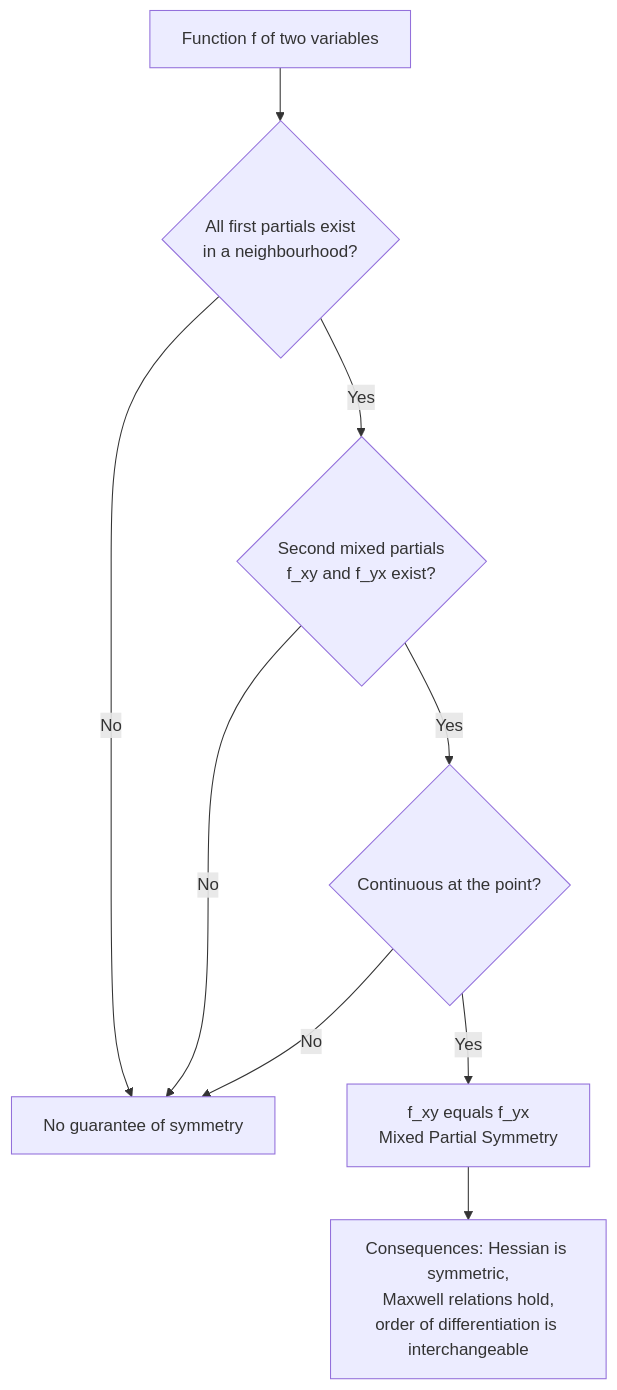
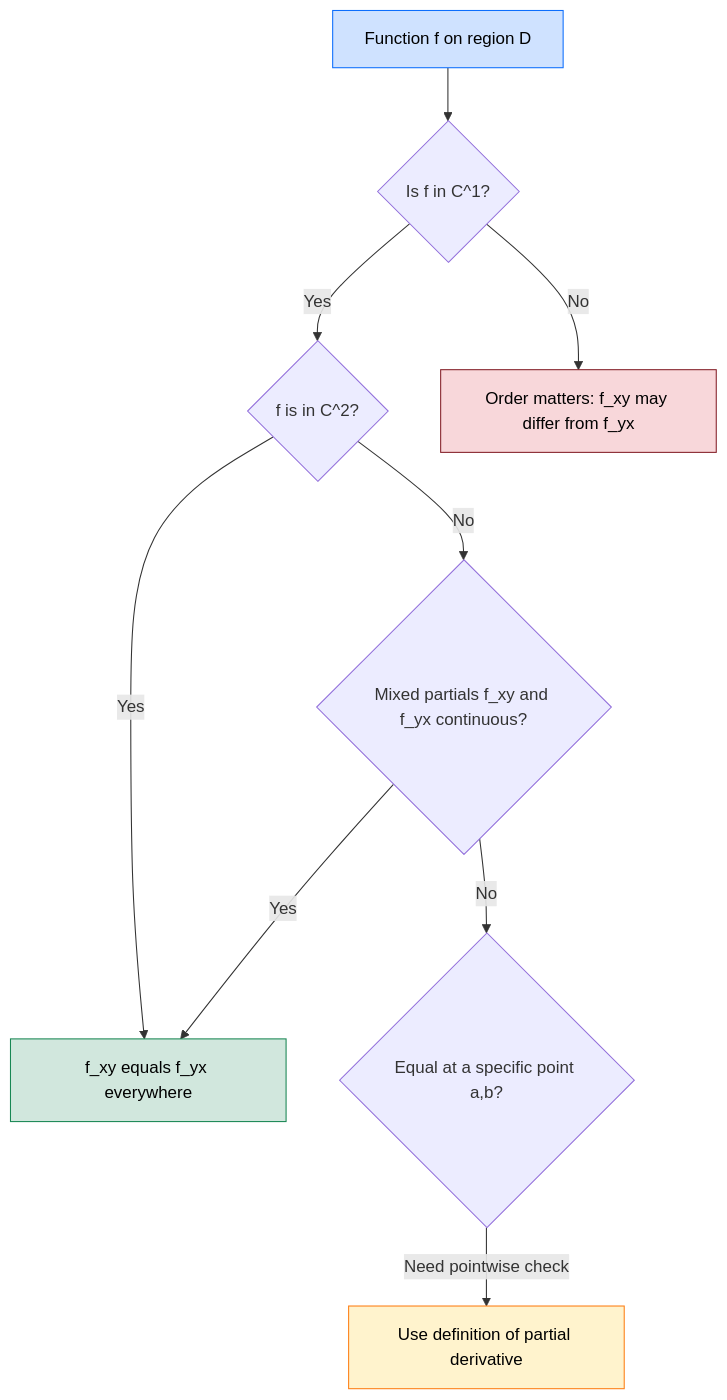
One commit to vishnuu-kr/ktunode changed the third of 4 diagrams in public/notes/computer-science-and-engineering/semester-1/gamat101-mathematics-for-information-science-1/02-module-2-functions-of-several-variables-domains-and-ranges/the-mixed-derivative-theorem/notes.md. Above: the diagram before and after it, drawn with Mermaid. The commit also changed other lines of this file and 4829 other files, not shown here.

````diff
--- a/public/notes/computer-science-and-engineering/semester-1/gamat101-mathematics-for-information-science-1/02-module-2-functions-of-several-variables-domains-and-ranges/the-mixed-derivative-theorem/notes.md
+++ b/public/notes/computer-science-and-engineering/semester-1/gamat101-mathematics-for-information-science-1/02-module-2-functions-of-several-variables-domains-and-ranges/the-mixed-derivative-theorem/notes.md
@@ -306,11 +334,15 @@
 ```mermaid
 flowchart TD
-    A[Function f of two variables] --> B{All first partials exist<br>in a neighbourhood?}
-    B -- No --> Z1[No guarantee of symmetry]
-    B -- Yes --> C{Second mixed partials<br>f_xy and f_yx exist?}
-    C -- No --> Z1
-    C -- Yes --> D{Continuous at the point?}
-    D -- No --> Z1
-    D -- Yes --> E[f_xy equals f_yx<br>Mixed Partial Symmetry]
-    E --> F[Consequences: Hessian is symmetric,<br>Maxwell relations hold,<br>order of differentiation is interchangeable]
+    A[Function f on region D] --> B{Is f in C^1?}
+    B -- Yes --> C{f is in C^2?}
+    B -- No --> Z[Order matters: f_xy may differ from f_yx]
+    C -- Yes --> D[f_xy equals f_yx everywhere]
+    C -- No --> E{Mixed partials f_xy and f_yx continuous?}
+    E -- Yes --> D
+    E -- No --> F{Equal at a specific point a,b?}
+    F -- Need pointwise check --> G[Use definition of partial derivative]
+    style A fill:#cfe2ff,stroke:#0d6efd,color:#000
+    style D fill:#d1e7dd,stroke:#198754,color:#000
+    style Z fill:#f8d7da,stroke:#842029,color:#000
+    style G fill:#fff3cd,stroke:#fd7e14,color:#000
 ```
````
